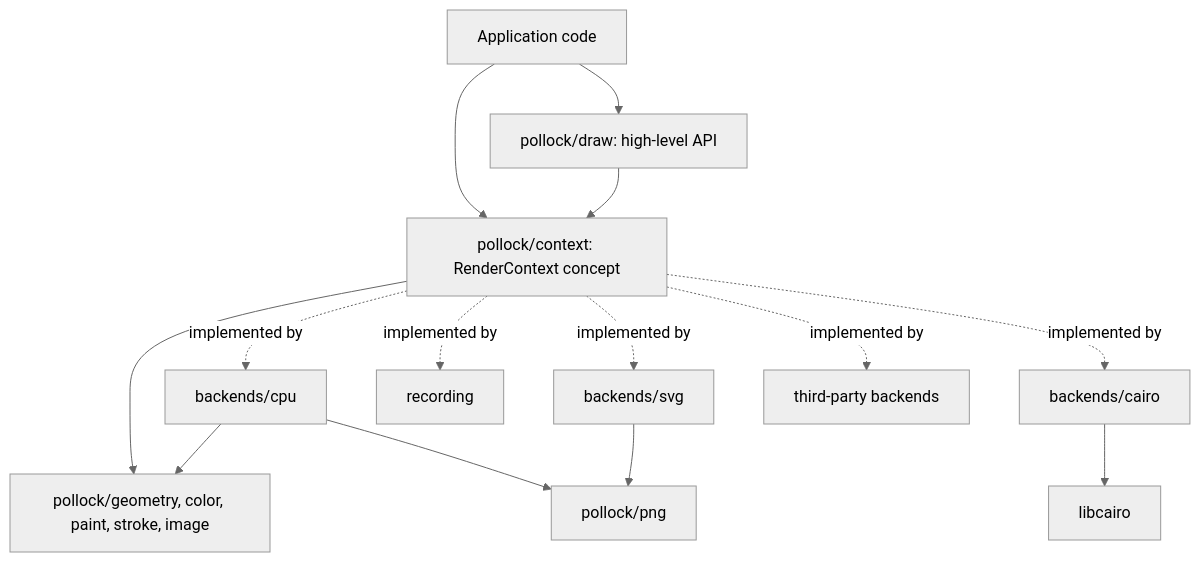
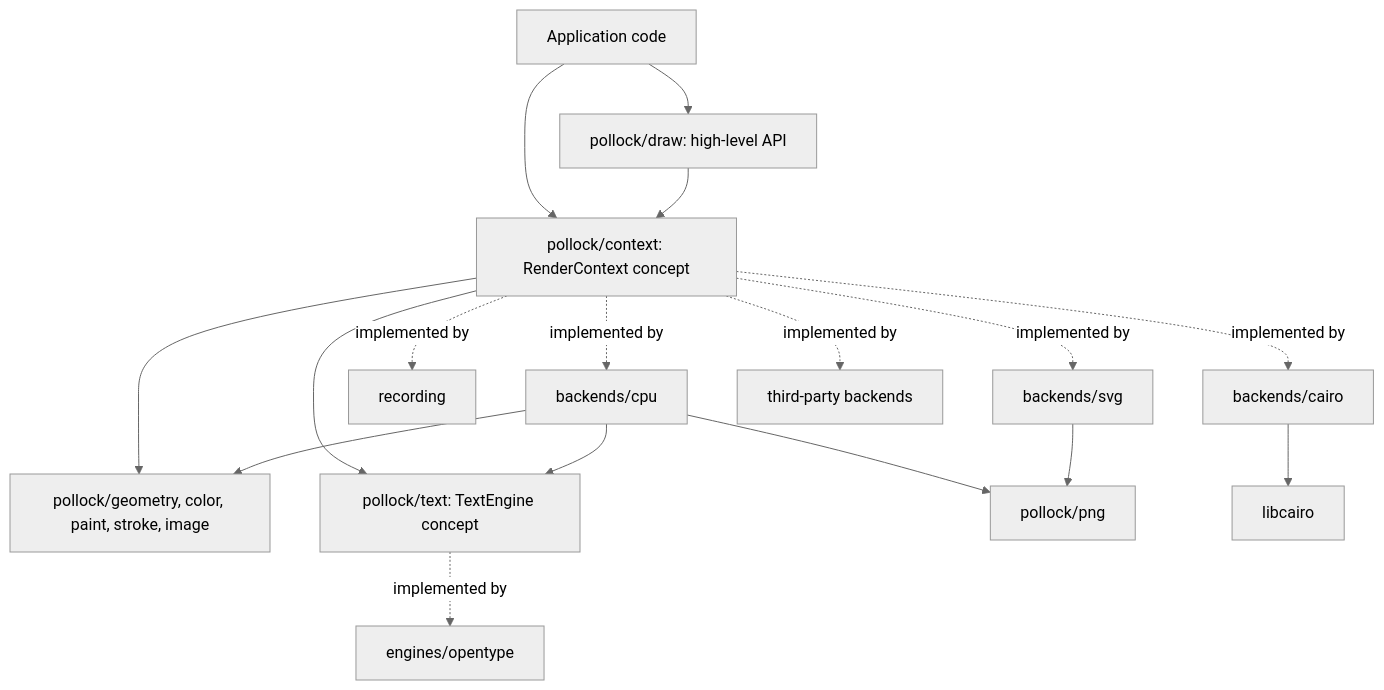
One commit to playforge-coding/pollock changed the first of 2 diagrams in docs/architecture.md. Above: the diagram before and after it, drawn with Mermaid (neutral theme). The commit also changed other lines of this file and 36 other files, not shown here.

First line of the commit message:
Add text: the TextEngine concept, drawGlyphs and the pure Nim engine (#8)

````diff
--- a/docs/architecture.md
+++ b/docs/architecture.md
@@ -7,16 +7,19 @@
 ```mermaid
 flowchart TD
   app[Application code] --> hl[pollock/draw: high-level API]
   app --> ctx
   hl --> ctx[pollock/context: RenderContext concept]
   ctx --> geo[pollock/geometry, color, paint, stroke, image]
+  ctx --> text[pollock/text: TextEngine concept]
+  text -.implemented by.-> ot[engines/opentype]
+  cpu --> text
   ctx -.implemented by.-> cpu[backends/cpu]
   ctx -.implemented by.-> svg[backends/svg]
   ctx -.implemented by.-> rec[recording]
   ctx -.implemented by.-> cairo[backends/cairo]
   ctx -.implemented by.-> ext[third-party backends]
   cpu --> geo
   cpu --> png[pollock/png]
   svg --> png
   cairo --> libcairo[libcairo]
 ```
````
